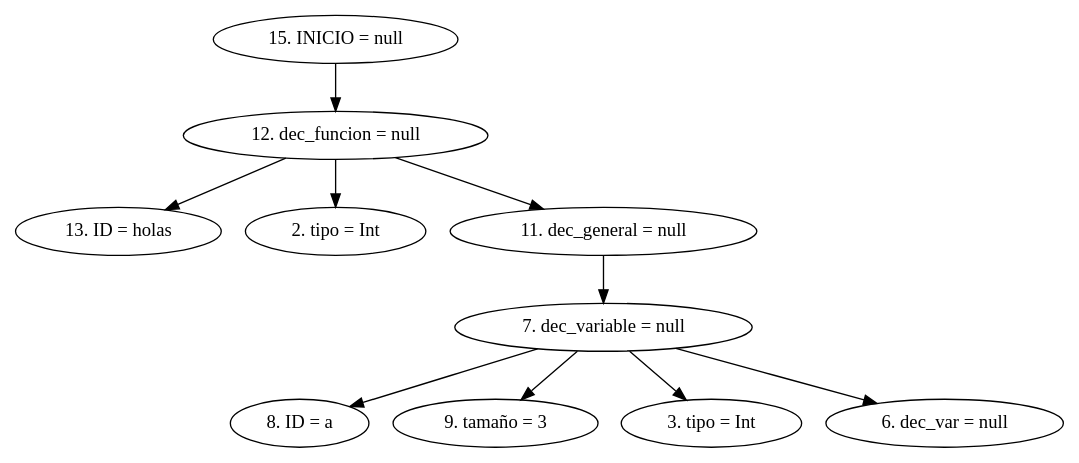
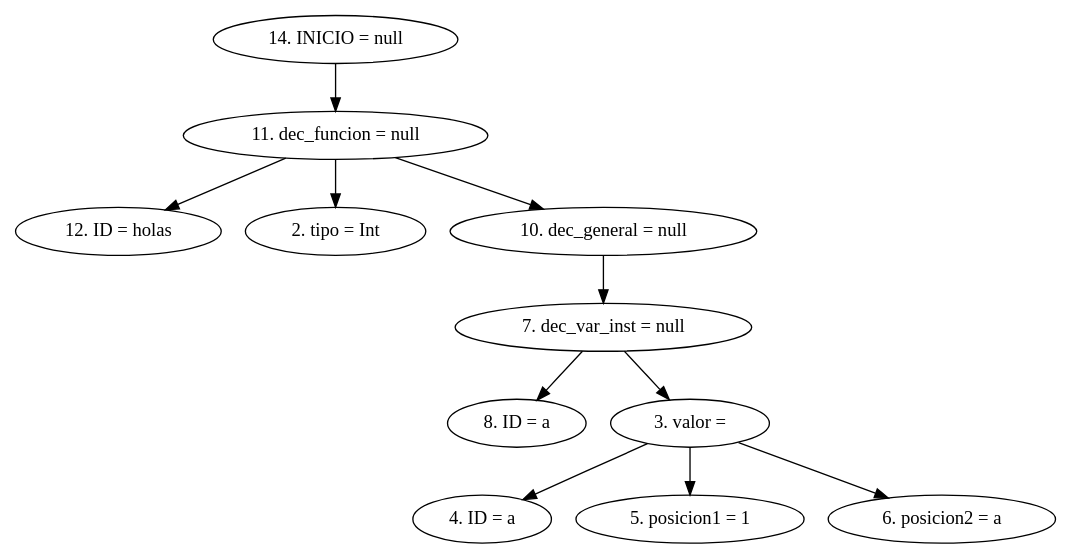
Before and after one commit to CarlosSosVos/NACHTs: the diagram in AST.dot, drawn with Graphviz. The commit also changed 8 other files, not shown here.

```diff
--- a/AST.dot
+++ b/AST.dot
@@ -1,13 +1,14 @@
 digraph G {
-"15. INICIO = null"->"12. dec_funcion = null"
-"12. dec_funcion = null"->"13. ID = holas"
-"12. dec_funcion = null"->"2. tipo = Int"
-"12. dec_funcion = null"->"11. dec_general = null"
-"11. dec_general = null"->"7. dec_variable = null"
-"7. dec_variable = null"->"8. ID = a"
-"7. dec_variable = null"->"9. tamaño = 3"
-"7. dec_variable = null"->"3. tipo = Int"
-"7. dec_variable = null"->"6. dec_var = null"
+"14. INICIO = null"->"11. dec_funcion = null"
+"11. dec_funcion = null"->"12. ID = holas"
+"11. dec_funcion = null"->"2. tipo = Int"
+"11. dec_funcion = null"->"10. dec_general = null"
+"10. dec_general = null"->"7. dec_var_inst = null"
+"7. dec_var_inst = null"->"8. ID = a"
+"7. dec_var_inst = null"->"3. valor = "
+"3. valor = "->"4. ID = a"
+"3. valor = "->"5. posicion1 = 1"
+"3. valor = "->"6. posicion2 = a"
 
 
 }
```
